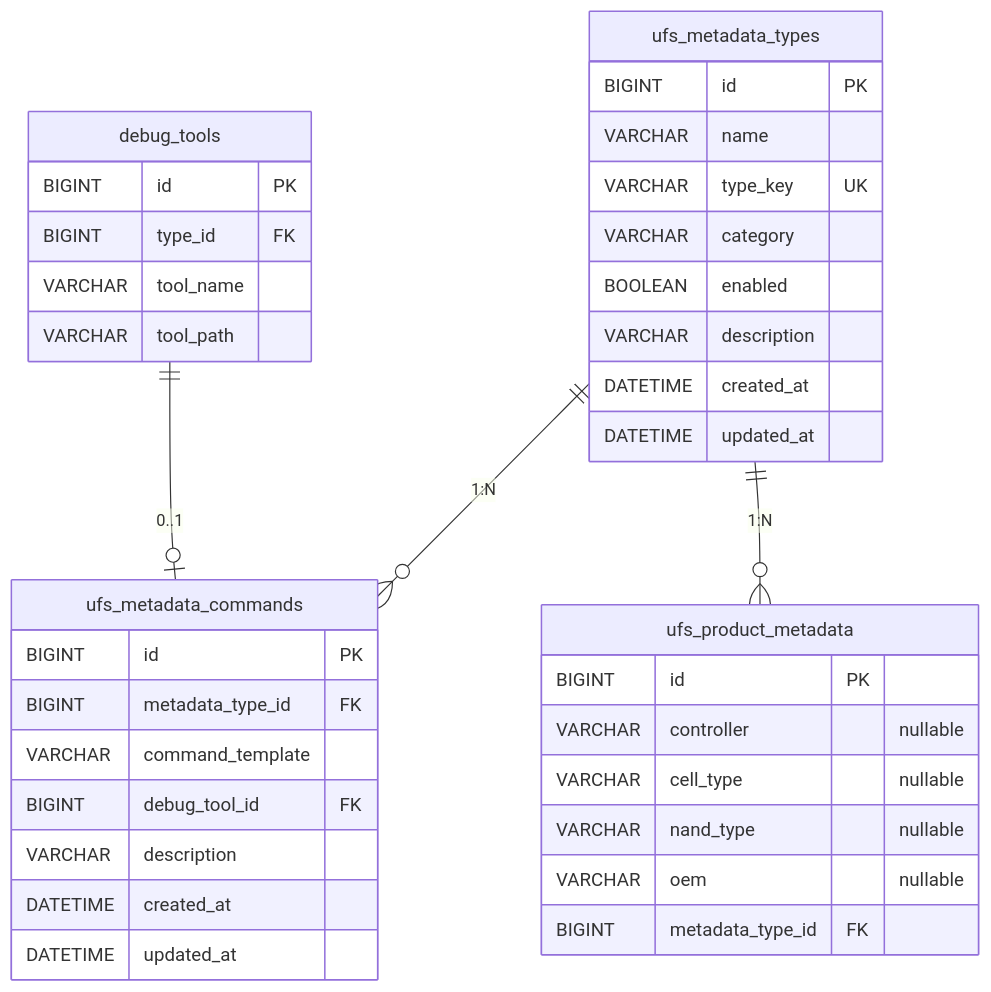
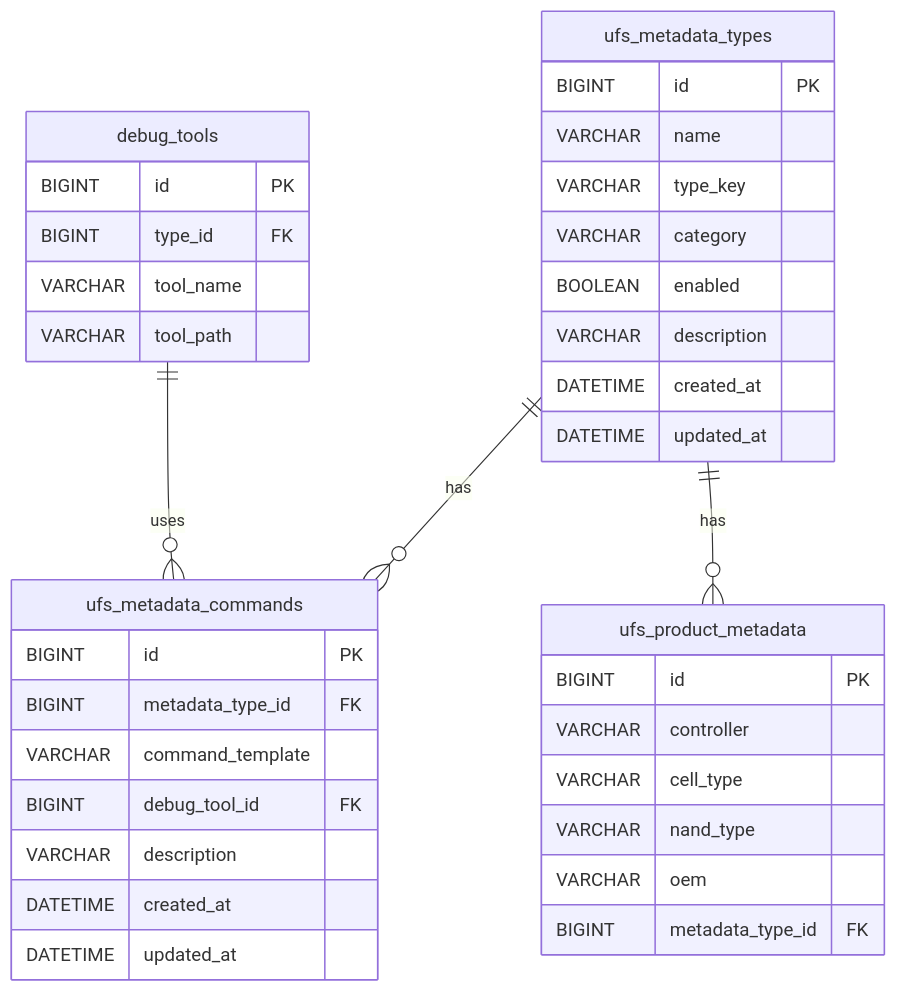
The second of 3 diagrams in src/content/docs/architecture/ufs-metadata.md (kakaromo/kakaromo.github.io), drawn with Mermaid before and after one commit. The commit also changed 3 other files, not shown here.

First line of the commit message:
fix: remark-mermaidjs로 전환 — Expressive Code 충돌 해결, 전체 43개 다이어그램 SVG 렌더링 확인

````diff
--- a/src/content/docs/architecture/ufs-metadata.md
+++ b/src/content/docs/architecture/ufs-metadata.md
@@ -51,43 +51,43 @@
 ```mermaid
 erDiagram
     ufs_metadata_types {
         BIGINT id PK
         VARCHAR name
-        VARCHAR type_key UK
+        VARCHAR type_key
         VARCHAR category
         BOOLEAN enabled
         VARCHAR description
         DATETIME created_at
         DATETIME updated_at
     }
 
     debug_tools {
         BIGINT id PK
         BIGINT type_id FK
         VARCHAR tool_name
         VARCHAR tool_path
     }
 
     ufs_metadata_commands {
         BIGINT id PK
         BIGINT metadata_type_id FK
         VARCHAR command_template
         BIGINT debug_tool_id FK
         VARCHAR description
         DATETIME created_at
         DATETIME updated_at
     }
 
     ufs_product_metadata {
         BIGINT id PK
-        VARCHAR controller "nullable"
-        VARCHAR cell_type "nullable"
-        VARCHAR nand_type "nullable"
-        VARCHAR oem "nullable"
+        VARCHAR controller
+        VARCHAR cell_type
+        VARCHAR nand_type
+        VARCHAR oem
         BIGINT metadata_type_id FK
     }
 
-    ufs_metadata_types ||--o{ ufs_metadata_commands : "1:N"
-    ufs_metadata_types ||--o{ ufs_product_metadata : "1:N"
-    debug_tools ||--o| ufs_metadata_commands : "0..1"
+    ufs_metadata_types ||--o{ ufs_metadata_commands : has
+    ufs_metadata_types ||--o{ ufs_product_metadata : has
+    debug_tools ||--o{ ufs_metadata_commands : uses
 ```
````
